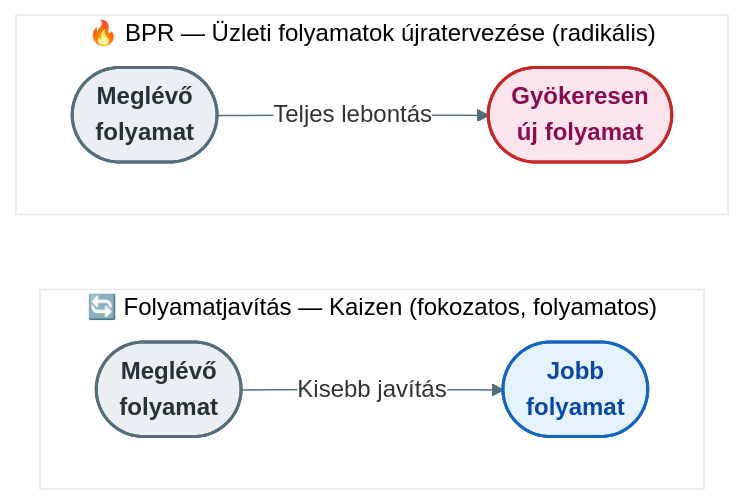
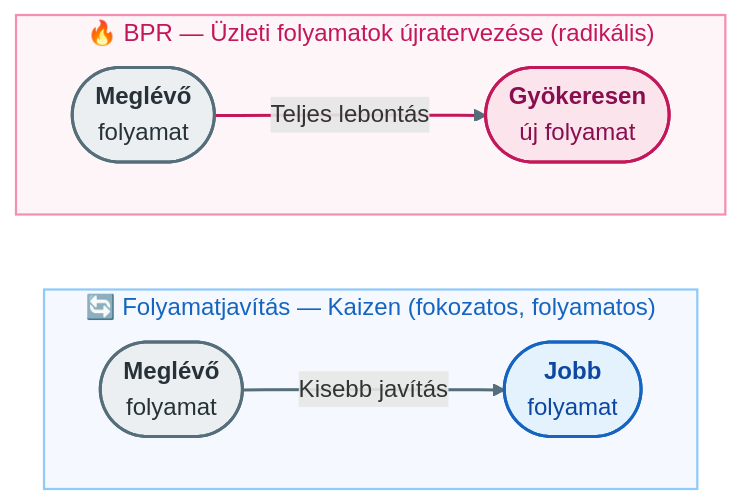
One commit to denespocsik/MM_BSC_Zarovizsga changed the second of 2 diagrams in Tételek/V13-GMXIV2MBLF-ERP bevezetése és BPR.tétel.md. Above: the diagram before and after it, drawn with Mermaid. The commit also changed other lines of this file and 34 other files, not shown here.

First line of the commit message:
style(tételek): egységes vizuális arculat a Mermaid-diagramokhoz

````diff
--- a/Tételek/V13-GMXIV2MBLF-ERP bevezetése és BPR.tétel.md
+++ b/Tételek/V13-GMXIV2MBLF-ERP bevezetése és BPR.tétel.md
@@ -81,16 +85,21 @@
 ```mermaid
-%%{init: {'theme': 'base', 'themeVariables': {'primaryColor': '#FFF', 'lineColor': '#546E7A'}}}%%
 flowchart LR
-    classDef neutral fill:#ECEFF1,stroke:#546E7A,stroke-width:2px,color:#263238,font-weight:bold
-    classDef kaizen  fill:#E3F2FD,stroke:#1565C0,stroke-width:2px,color:#0D47A1,font-weight:bold
-    classDef bpr     fill:#FCE4EC,stroke:#C62828,stroke-width:2px,color:#880E4F,font-weight:bold
-
     subgraph KAI["🔄  Folyamatjavítás — Kaizen (fokozatos, folyamatos)"]
         direction LR
-        K1(["Meglévő\nfolyamat"]):::neutral -->|"Kisebb javítás"| K2(["Jobb\nfolyamat"]):::kaizen
+        K1(["<b>Meglévő</b><br/>folyamat"]):::szurke -->|"Kisebb javítás"| K2(["<b>Jobb</b><br/>folyamat"]):::kek
     end
     subgraph BPR_["🔥  BPR — Üzleti folyamatok újratervezése (radikális)"]
         direction LR
-        B1(["Meglévő\nfolyamat"]):::neutral -->|"Teljes lebontás"| B2(["Gyökeresen\núj folyamat"]):::bpr
+        B1(["<b>Meglévő</b><br/>folyamat"]):::szurke -->|"Teljes lebontás"| B2(["<b>Gyökeresen</b><br/>új folyamat"]):::rozsa
     end
+
+    classDef kek    fill:#e3f2fd,stroke:#1565c0,stroke-width:2px,color:#0d47a1,rx:10,ry:10;
+    classDef rozsa  fill:#fce4ec,stroke:#c2185b,stroke-width:2px,color:#880e4f,rx:10,ry:10;
+    classDef szurke fill:#eceff1,stroke:#546e7a,stroke-width:2px,color:#263238,rx:10,ry:10;
+
+    style KAI  fill:#f5f9ff,stroke:#90caf9,stroke-width:1.5px,color:#1565c0;
+    style BPR_ fill:#fdf5f8,stroke:#f48fb1,stroke-width:1.5px,color:#c2185b;
+
+    linkStyle default stroke:#546e7a,stroke-width:2px;
+    linkStyle 1 stroke:#c2185b,stroke-width:2px;
 ```
````
